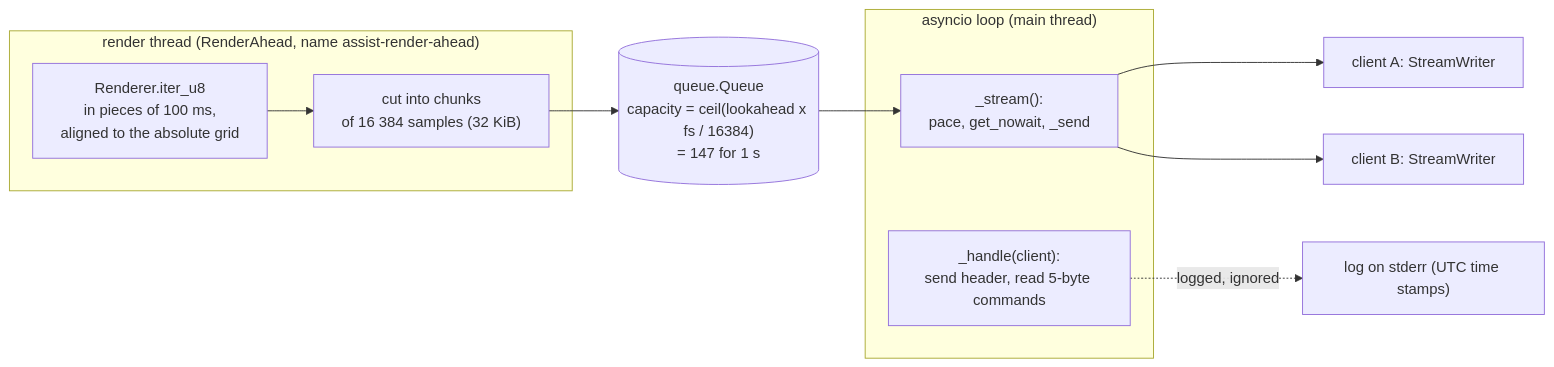
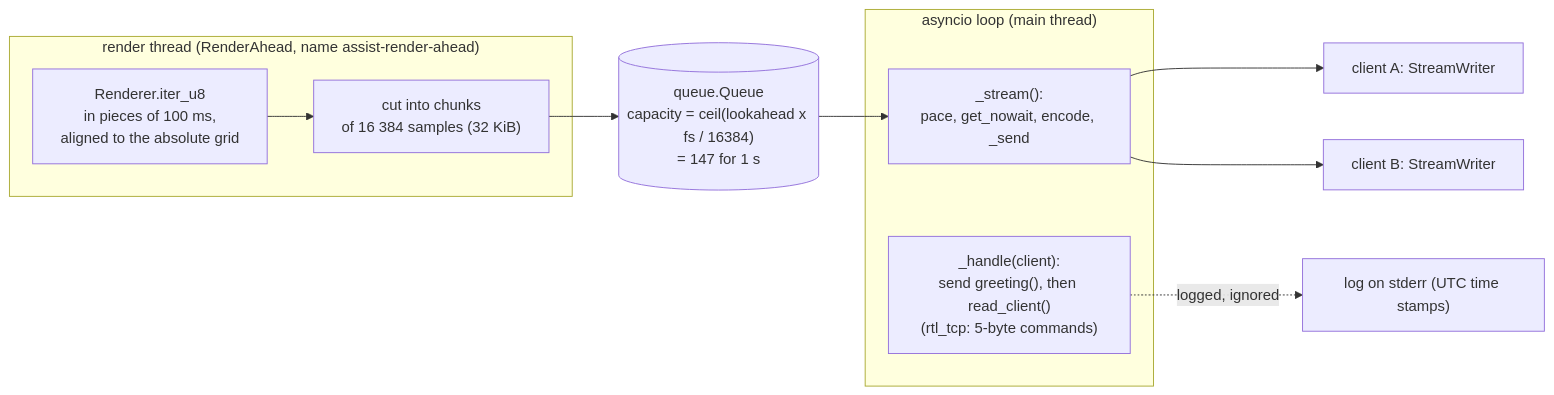
One commit to BUSH222/ASSIST changed diagram 18 of 23 in HOW-IT-WORKS.md. Above: the diagram before and after it, drawn with Mermaid. The commit also changed other lines of this file and 142 other files, not shown here.

````diff
--- a/HOW-IT-WORKS.md
+++ b/HOW-IT-WORKS.md
@@ -1786,15 +1889,15 @@
 ```mermaid
 flowchart LR
     subgraph RT["render thread  (RenderAhead, name assist-render-ahead)"]
         P["Renderer.iter_u8<br/>in pieces of 100 ms,<br/>aligned to the absolute grid"] --> CUT["cut into chunks<br/>of 16 384 samples (32 KiB)"]
     end
     CUT --> Q[("queue.Queue<br/>capacity = ceil(lookahead x fs / 16384)<br/>= 147 for 1 s")]
     subgraph AL["asyncio loop  (main thread)"]
-        S["_stream():<br/>pace, get_nowait, _send"]
-        H["_handle(client):<br/>send header, read 5-byte commands"]
+        S["_stream():<br/>pace, get_nowait, encode, _send"]
+        H["_handle(client):<br/>send greeting(), then read_client()<br/>(rtl_tcp: 5-byte commands)"]
     end
     Q --> S
     S --> C1["client A: StreamWriter"]
     S --> C2["client B: StreamWriter"]
     H -. "logged, ignored" .-> LOG["log on stderr (UTC time stamps)"]
 ```
````
